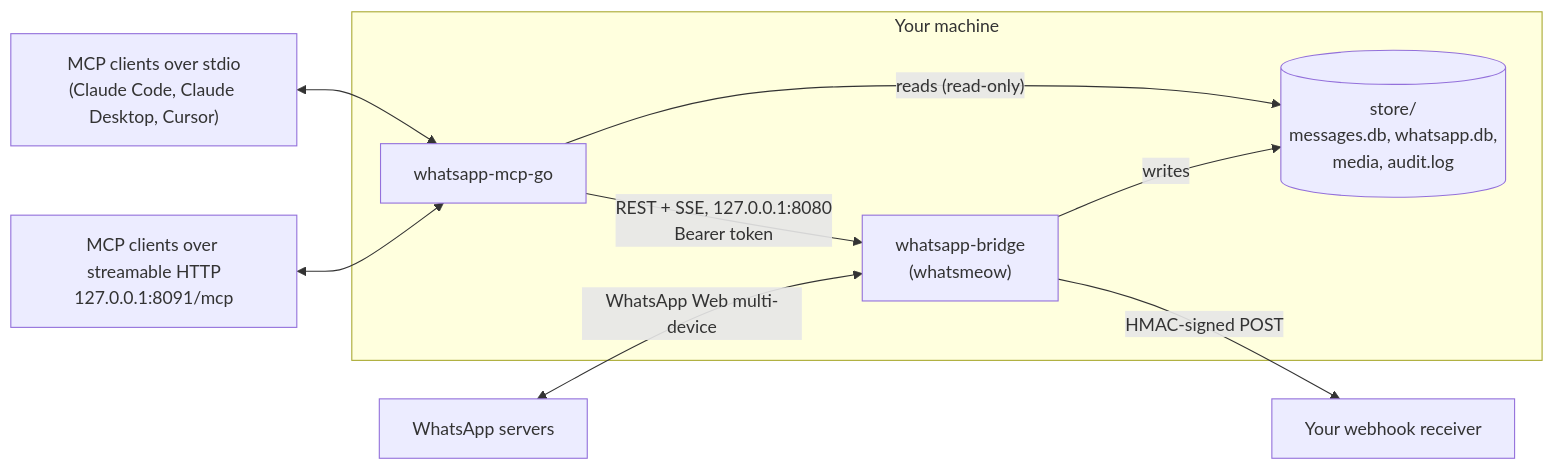
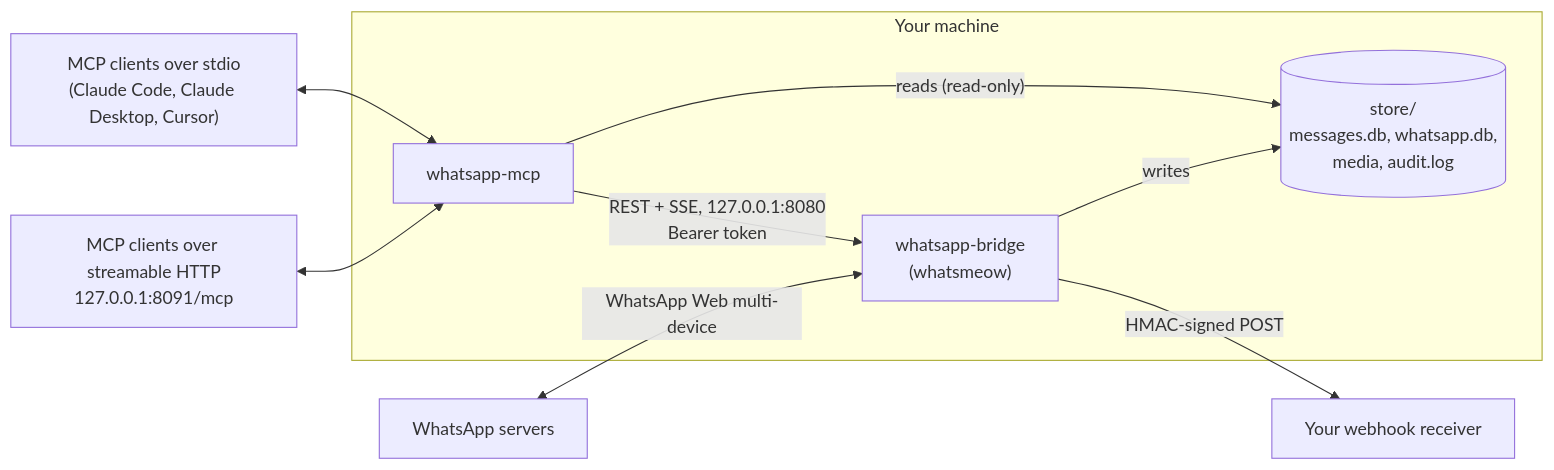
The diagram in README.md (Roman-Andr/whatsapp-mcp), drawn with Mermaid before and after one commit. The commit also changed other lines of this file and 211 other files, not shown here.

Commit message:
refactor: rename the MCP server directory and binary to whatsapp-mcp

````diff
--- a/README.md
+++ b/README.md
@@ -194,20 +194,20 @@
 ```mermaid
 flowchart LR
     WA["WhatsApp servers"]
     subgraph host["Your machine"]
         B["whatsapp-bridge<br/>(whatsmeow)"]
         S[("store/<br/>messages.db, whatsapp.db,<br/>media, audit.log")]
-        M["whatsapp-mcp-go"]
+        M["whatsapp-mcp"]
     end
     C1["MCP clients over stdio<br/>(Claude Code, Claude Desktop, Cursor)"]
     C2["MCP clients over streamable HTTP<br/>127.0.0.1:8091/mcp"]
     W["Your webhook receiver"]
 
     WA <-->|"WhatsApp Web multi-device"| B
     B -->|"writes"| S
     M -->|"reads (read-only)"| S
     M -->|"REST + SSE, 127.0.0.1:8080<br/>Bearer token"| B
     C1 <--> M
     C2 <--> M
     B -->|"HMAC-signed POST"| W
 ```
````
